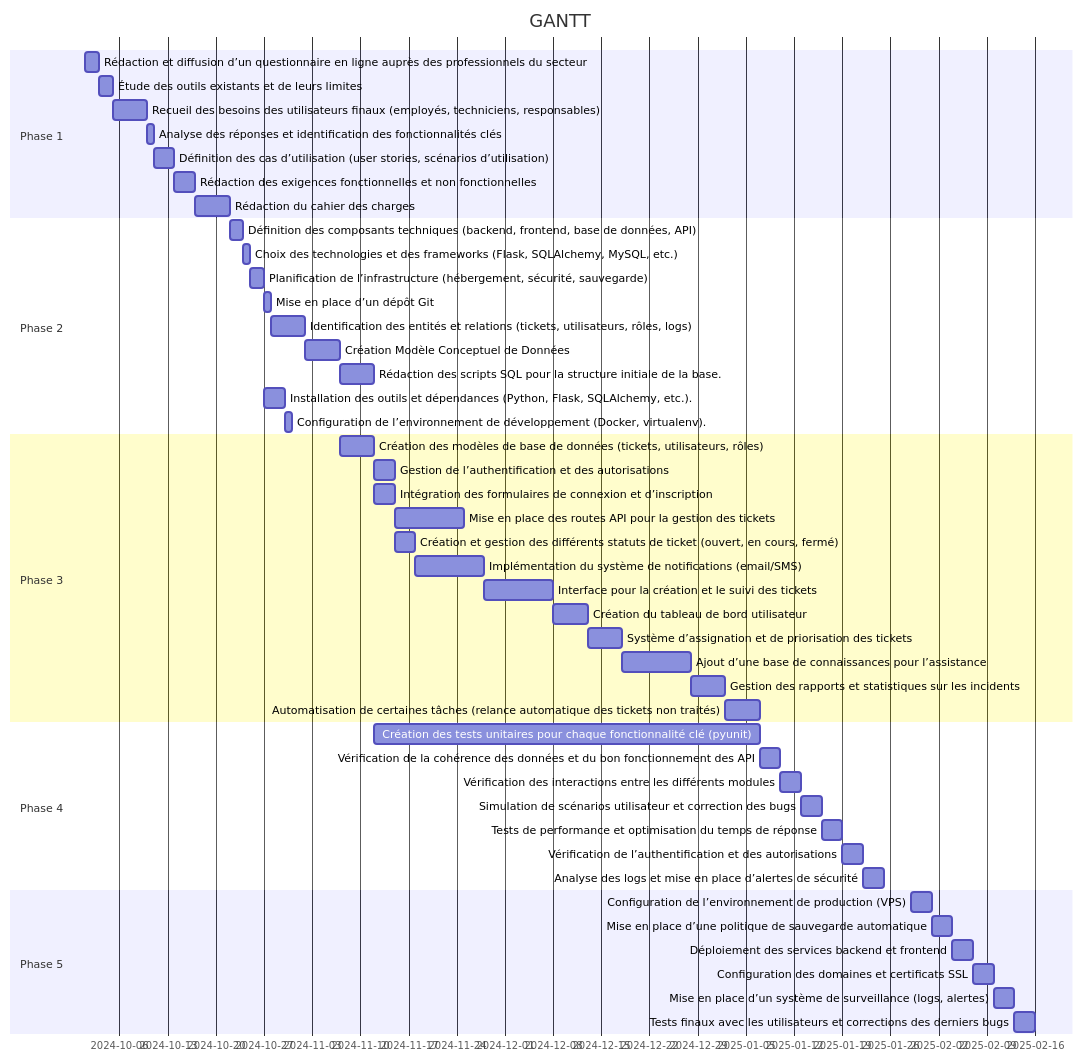
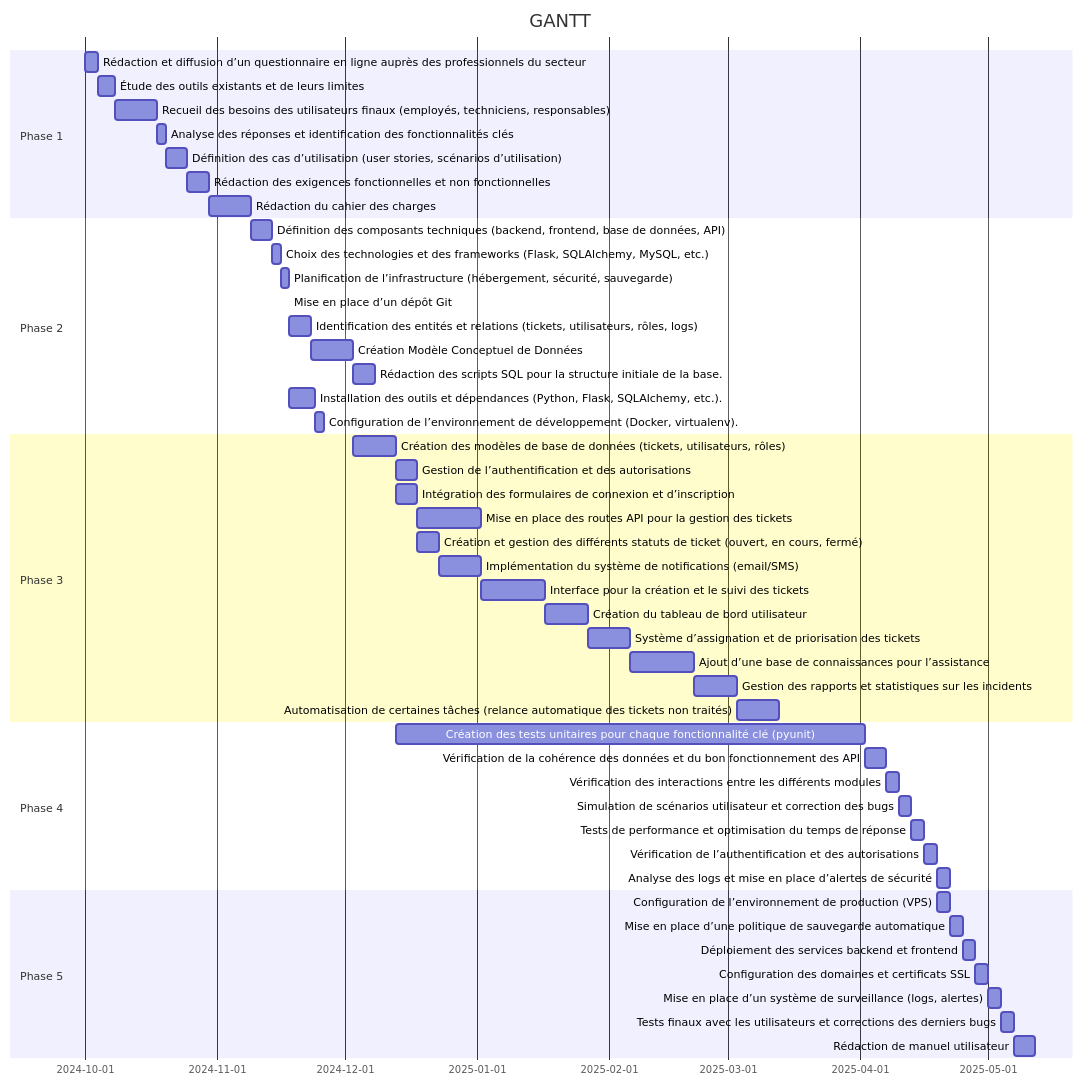
Before and after one commit to TartosFraises/AppTicket: the diagram in README.md, drawn with Mermaid.

````diff
--- a/README.md
+++ b/README.md
@@ -57,51 +57,52 @@
 ```mermaid
 gantt
     title GANTT
     dateFormat DD-MM-YYYY
     section Phase 1
-        Rédaction et diffusion d’un questionnaire en ligne auprès des professionnels du secteur:a1, 01-10-2024, 2d
-        Étude des outils existants et de leurs limites :a2, after a1, 2d
-        Recueil des besoins des utilisateurs finaux (employés, techniciens, responsables): a3, after a2, 5d
-        Analyse des réponses et identification des fonctionnalités clés:a5, after a3, 1d
-        Définition des cas d’utilisation (user stories, scénarios d’utilisation):a6, after a5, 3d
-        Rédaction des exigences fonctionnelles et non fonctionnelles:a7, after a6, 3d
-        Rédaction du cahier des charges:a8, after a7, 5d
+        Rédaction et diffusion d’un questionnaire en ligne auprès des professionnels du secteur:a1, 01-10-2024, 3d
+        Étude des outils existants et de leurs limites :a2, after a1, 4d
+        Recueil des besoins des utilisateurs finaux (employés, techniciens, responsables): a3, after a2, 10d
+        Analyse des réponses et identification des fonctionnalités clés:a5, after a3, 2d
+        Définition des cas d’utilisation (user stories, scénarios d’utilisation):a6, after a5, 5d
+        Rédaction des exigences fonctionnelles et non fonctionnelles:a7, after a6, 5d
+        Rédaction du cahier des charges:a8, after a7, 10d
     section Phase 2
-        Définition des composants techniques (backend, frontend, base de données, API):b1, after a8, 2d
-        Choix des technologies et des frameworks (Flask, SQLAlchemy, MySQL, etc.):b2, after b1, 1d
+        Définition des composants techniques (backend, frontend, base de données, API):b1, after a8, 5d
+        Choix des technologies et des frameworks (Flask, SQLAlchemy, MySQL, etc.):b2, after b1, 2d
         Planification de l’infrastructure (hébergement, sécurité, sauvegarde):b3, after b2, 2d
-        Mise en place d’un dépôt Git:b4, after b3, 1d
+        Mise en place d’un dépôt Git:b4, after b3, d
         Identification des entités et relations (tickets, utilisateurs, rôles, logs):b5, after b4, 5d
-        Création Modèle Conceptuel de Données:b6, after b5, 5d
+        Création Modèle Conceptuel de Données:b6, after b5, 10d
         Rédaction des scripts SQL pour la structure initiale de la base.:b7, after b6, 5d
-        Installation des outils et dépendances (Python, Flask, SQLAlchemy, etc.).:b8, after b3, 3d
-        Configuration de l’environnement de développement (Docker, virtualenv).:b9, after b8, 1d
+        Installation des outils et dépendances (Python, Flask, SQLAlchemy, etc.).:b8, after b3, 6d
+        Configuration de l’environnement de développement (Docker, virtualenv).:b9, after b8, 2d
     section Phase 3
-        Création des modèles de base de données (tickets, utilisateurs, rôles):c1, after b6, 5d
-        Gestion de l’authentification et des autorisations:c2, after c1, 3d
-        Intégration des formulaires de connexion et d’inscription:c3, after c1, 3d
-        Mise en place des routes API pour la gestion des tickets:c4, after c2, 10d
-        Création et gestion des différents statuts de ticket (ouvert, en cours, fermé):c5, after c3, 3d
+        Création des modèles de base de données (tickets, utilisateurs, rôles):c1, after b6, 10d
+        Gestion de l’authentification et des autorisations:c2, after c1, 5d
+        Intégration des formulaires de connexion et d’inscription:c3, after c1, 5d
+        Mise en place des routes API pour la gestion des tickets:c4, after c2, 15d
+        Création et gestion des différents statuts de ticket (ouvert, en cours, fermé):c5, after c3, 5d
         Implémentation du système de notifications (email/SMS):c6, after c5, 10d
-        Interface pour la création et le suivi des tickets:c7, after c6, 10d
-        Création du tableau de bord utilisateur:c8, after c7, 5d
-        Système d’assignation et de priorisation des tickets:c9, after c8, 5d
-        Ajout d’une base de connaissances pour l’assistance:c10, after c9, 10d
-        Gestion des rapports et statistiques sur les incidents:c11, after c10, 5d
-        Automatisation de certaines tâches (relance automatique des tickets non traités):c12, after c11, 5d
+        Interface pour la création et le suivi des tickets:c7, after c6, 15d
+        Création du tableau de bord utilisateur:c8, after c7, 10d
+        Système d’assignation et de priorisation des tickets:c9, after c8, 10d
+        Ajout d’une base de connaissances pour l’assistance:c10, after c9, 15d
+        Gestion des rapports et statistiques sur les incidents:c11, after c10, 10d
+        Automatisation de certaines tâches (relance automatique des tickets non traités):c12, after c11, 10d
     section Phase 4
-        Création des tests unitaires pour chaque fonctionnalité clé (pyunit):d1, after c1, 56d
-        Vérification de la cohérence des données et du bon fonctionnement des API:d2, after d1, 3d
+        Création des tests unitaires pour chaque fonctionnalité clé (pyunit):d1, after c1, 110d
+        Vérification de la cohérence des données et du bon fonctionnement des API:d2, after d1, 5d
         Vérification des interactions entre les différents modules:d3, after d2, 3d
         Simulation de scénarios utilisateur et correction des bugs:d4, after d3, 3d
         Tests de performance et optimisation du temps de réponse:d5, after d4, 3d
         Vérification de l’authentification et des autorisations:d6, after d5, 3d
         Analyse des logs et mise en place d’alertes de sécurité:d7, after d6, 3d
     section Phase 5
-        Configuration de l’environnement de production (VPS):e1, after d8, 3d
+        Configuration de l’environnement de production (VPS):e1, after d6, 3d
         Mise en place d’une politique de sauvegarde automatique:e2, after e1, 3d
         Déploiement des services backend et frontend:e3, after e2, 3d
         Configuration des domaines et certificats SSL:e4, after e3, 3d
         Mise en place d’un système de surveillance (logs, alertes):e5, after e4, 3d
         Tests finaux avec les utilisateurs et corrections des derniers bugs:e6, after e5, 3d
+        Rédaction de manuel utilisateur:e7, after e6, 5d
 ```
````
